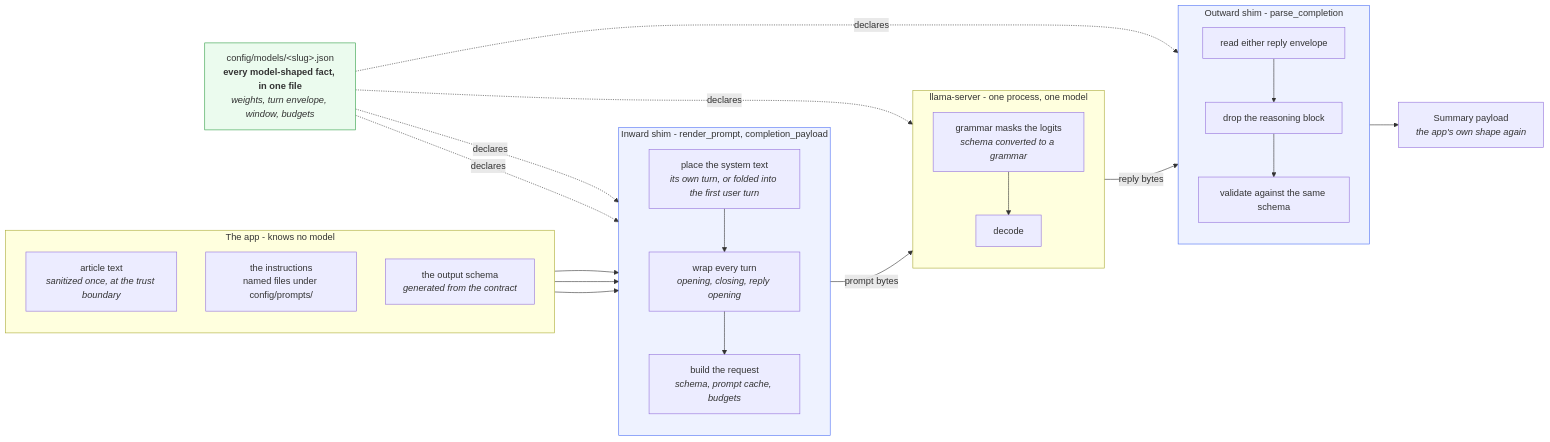
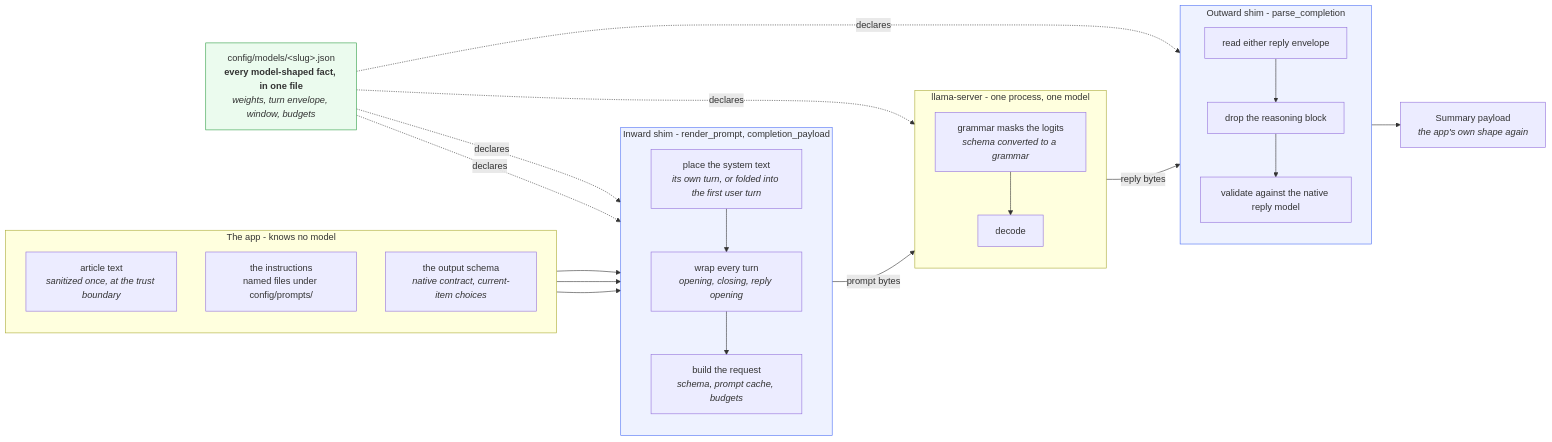
One commit to miztiik/yen-idhazh changed the diagram in docs/architecture/summarize/model-boundary.md. Above: the diagram before and after it, drawn with Mermaid. The commit also changed other lines of this file and 9 other files, not shown here.

````diff
--- a/docs/architecture/summarize/model-boundary.md
+++ b/docs/architecture/summarize/model-boundary.md
@@ -17,51 +17,51 @@
 ```mermaid
 flowchart LR
   subgraph app_in["The app - knows no model"]
     direction TB
     A1["article text<br/><i>sanitized once, at the trust boundary</i>"]
     A2["the instructions<br/>named files under config/prompts/"]
-    A3["the output schema<br/><i>generated from the contract</i>"]
+    A3["the output schema<br/><i>native contract, current-item choices</i>"]
   end
 
   subgraph shim_in["Inward shim - render_prompt, completion_payload"]
     direction TB
     S1["place the system text<br/><i>its own turn, or folded into the first user turn</i>"]
     S2["wrap every turn<br/><i>opening, closing, reply opening</i>"]
     S3["build the request<br/><i>schema, prompt cache, budgets</i>"]
     S1 --> S2 --> S3
   end
 
   subgraph engine["llama-server - one process, one model"]
     direction TB
     M1["grammar masks the logits<br/><i>schema converted to a grammar</i>"]
     M2["decode"]
     M1 --> M2
   end
 
   subgraph shim_out["Outward shim - parse_completion"]
     direction TB
     O1["read either reply envelope"]
     O2["drop the reasoning block"]
-    O3["validate against the same schema"]
+    O3["validate against the native reply model"]
     O1 --> O2 --> O3
   end
 
   OUT["Summary payload<br/><i>the app's own shape again</i>"]
 
   A1 --> S1
   A2 --> S1
   A3 --> S3
   S3 -->|"prompt bytes"| M1
   M2 -->|"reply bytes"| O1
   O3 --> OUT
 
   ENTRY["config/models/&lt;slug&gt;.json<br/><b>every model-shaped fact, in one file</b><br/><i>weights, turn envelope, window, budgets</i>"]
   ENTRY -.->|declares| S1
   ENTRY -.->|declares| S2
   ENTRY -.->|declares| M1
   ENTRY -.->|declares| O2
 
   style shim_in fill:#eef2ff,stroke:#4c6ef5
   style shim_out fill:#eef2ff,stroke:#4c6ef5
   style ENTRY fill:#ebfbee,stroke:#2f9e44
 ```
````
